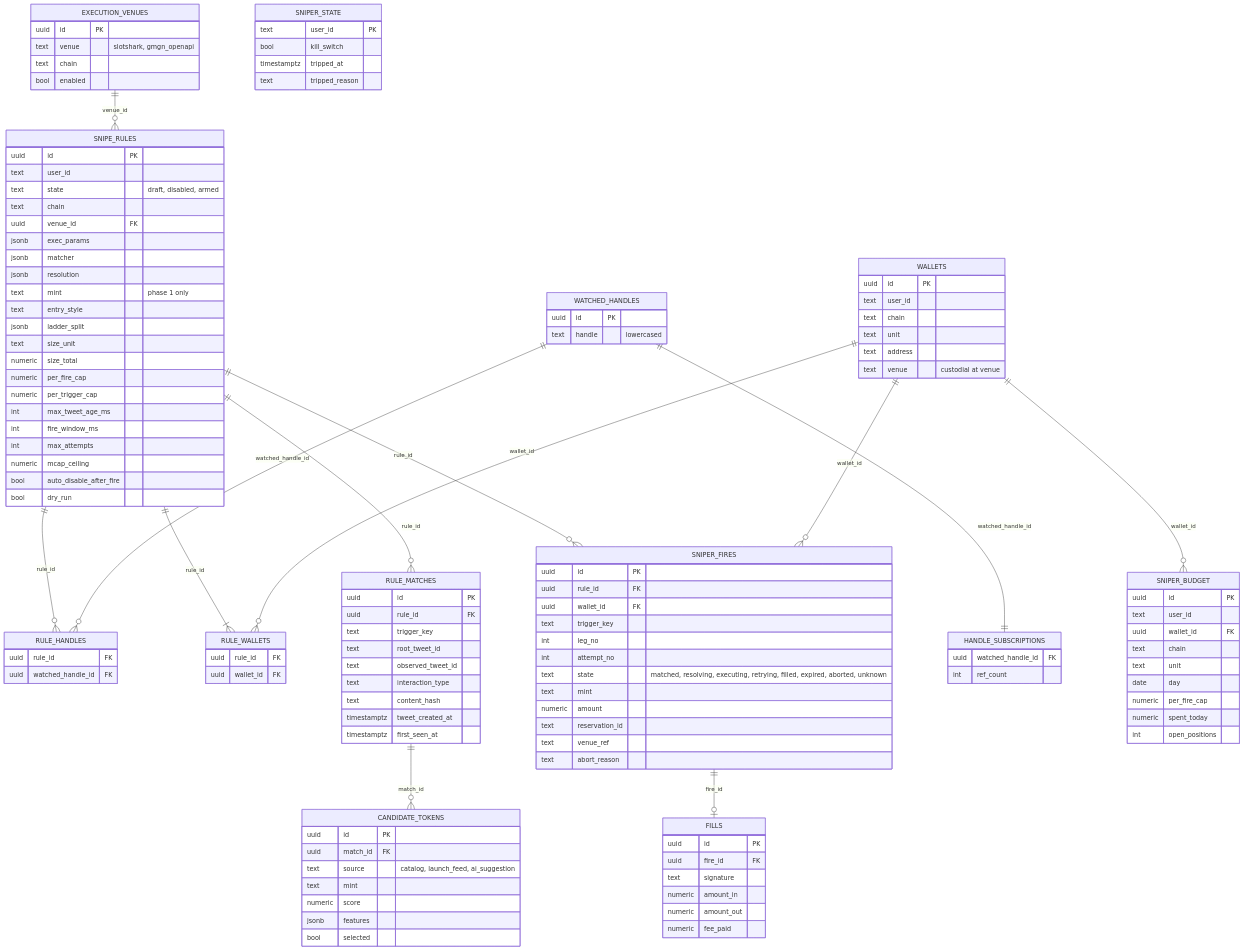
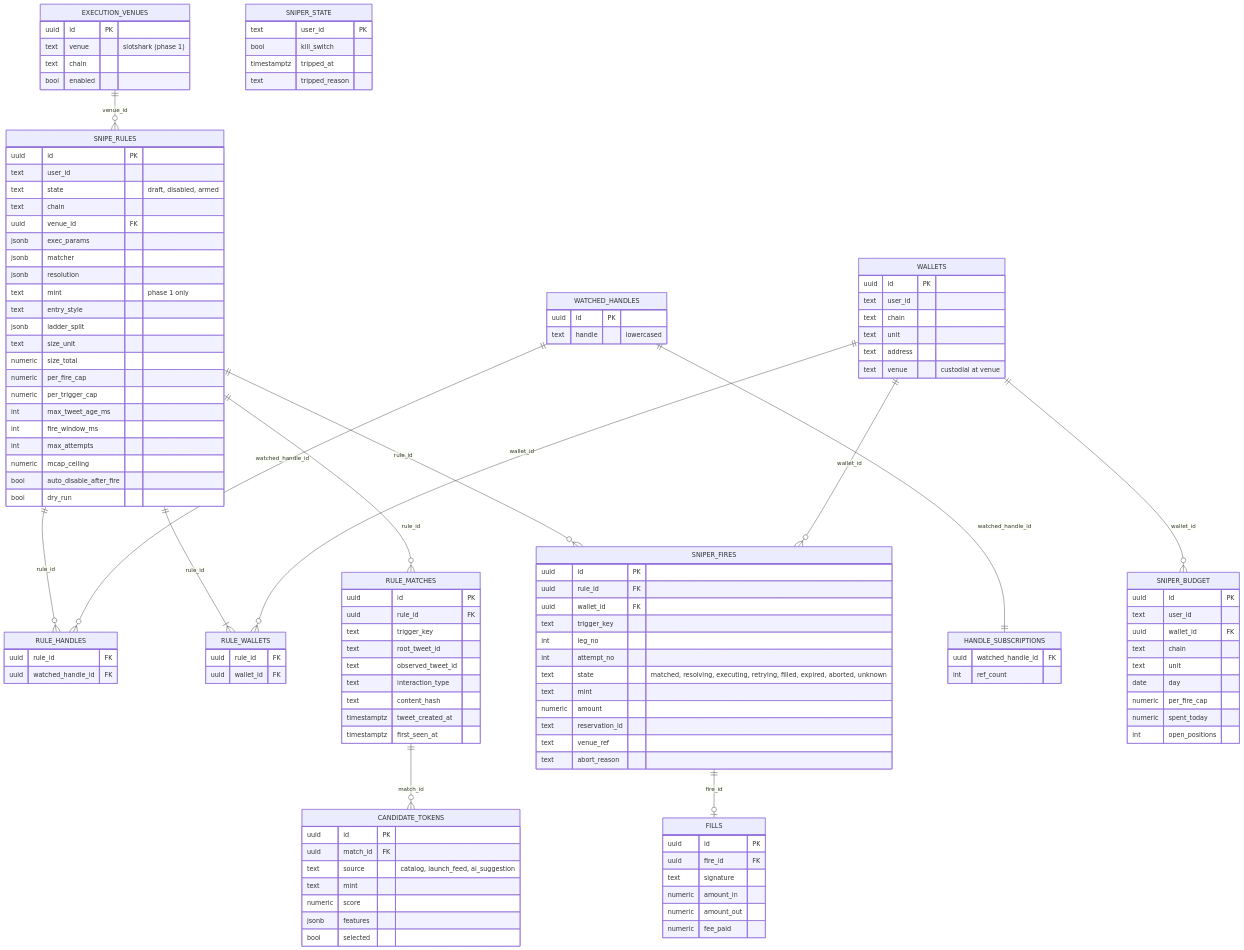
Before and after one commit to ArhamKhurram/Onchain-Tools: the third of 3 diagrams in docs/src/content/docs/architecture/sniper-rules.md, drawn with Mermaid. The commit also changed other lines of this file and 3 other files, not shown here.

First line of the commit message:
docs(sniper): purge stale GMGN-as-current-venue references

```diff
--- a/docs/src/content/docs/architecture/sniper-rules.md
+++ b/docs/src/content/docs/architecture/sniper-rules.md
@@ -343,7 +344,7 @@
   }
   EXECUTION_VENUES {
     uuid id PK
-    text venue "slotshark, gmgn_openapi"
+    text venue "slotshark (phase 1)"
     text chain
     bool enabled
   }
```
